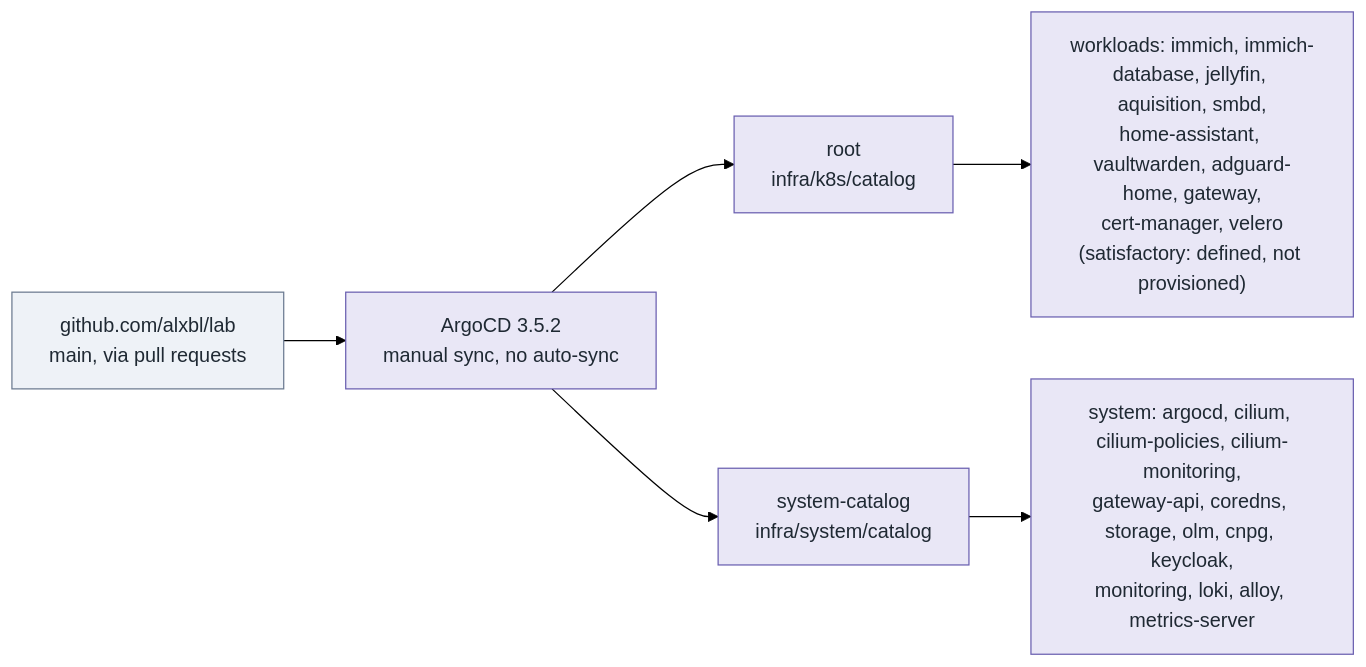
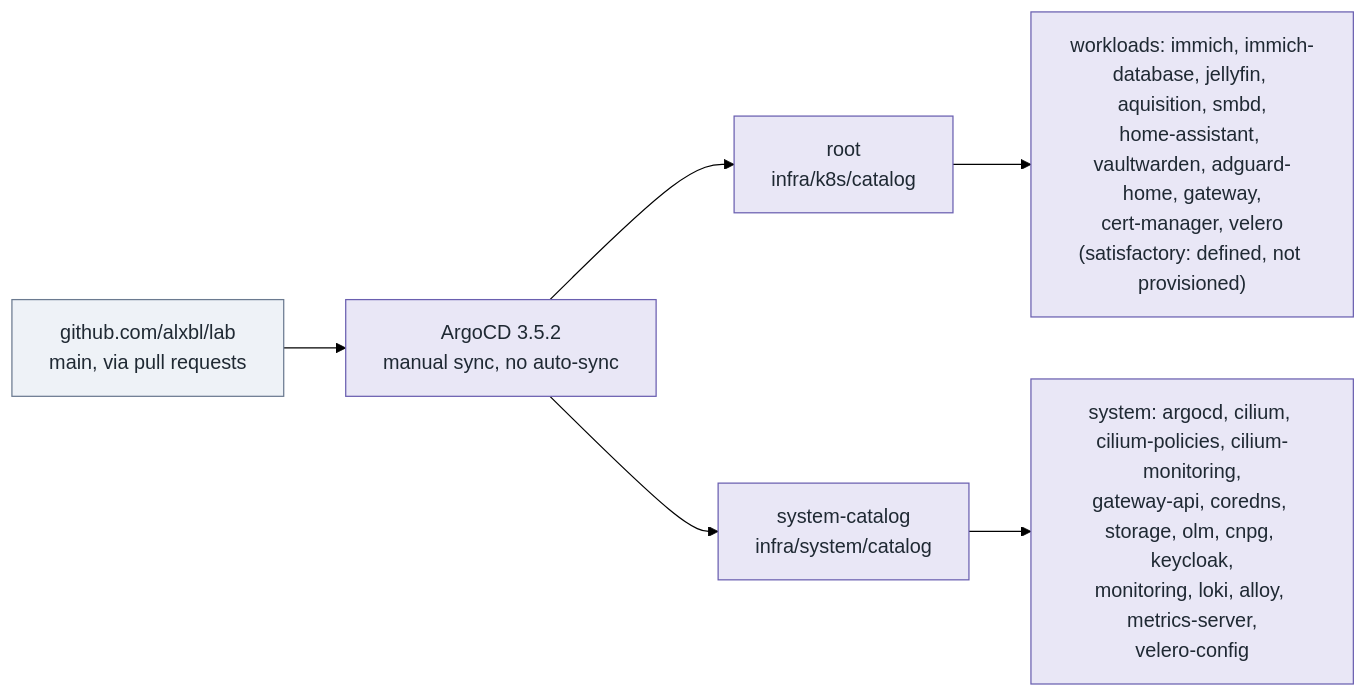
Before and after one commit to alxbl/lab: the fifth of 5 diagrams in docs/hld/segv-cluster.md, drawn with Mermaid (forest theme). The commit also changed other lines of this file and 7 other files, not shown here.

````diff
--- a/docs/hld/segv-cluster.md
+++ b/docs/hld/segv-cluster.md
@@ -311,13 +311,13 @@
 ```mermaid
 flowchart LR
   classDef ext fill:#eef2f7,stroke:#6b7a90,color:#1f2933
   classDef sys fill:#e9e7f6,stroke:#6a5fb0,color:#1f2933
 
   repo["github.com/alxbl/lab<br/>main, via pull requests"]:::ext
   argo["ArgoCD 3.5.2<br/>manual sync, no auto-sync"]:::sys
   repo --> argo
   argo --> root["root<br/>infra/k8s/catalog"]:::sys
   argo --> syscat["system-catalog<br/>infra/system/catalog"]:::sys
   root --> w["workloads: immich, immich-database, jellyfin, aquisition, smbd,<br/>home-assistant, vaultwarden, adguard-home, gateway,<br/>cert-manager, velero<br/>(satisfactory: defined, not provisioned)"]:::sys
-  syscat --> s["system: argocd, cilium, cilium-policies, cilium-monitoring,<br/>gateway-api, coredns, storage, olm, cnpg, keycloak,<br/>monitoring, loki, alloy, metrics-server"]:::sys
+  syscat --> s["system: argocd, cilium, cilium-policies, cilium-monitoring,<br/>gateway-api, coredns, storage, olm, cnpg, keycloak,<br/>monitoring, loki, alloy, metrics-server,<br/>velero-config"]:::sys
 ```
````
